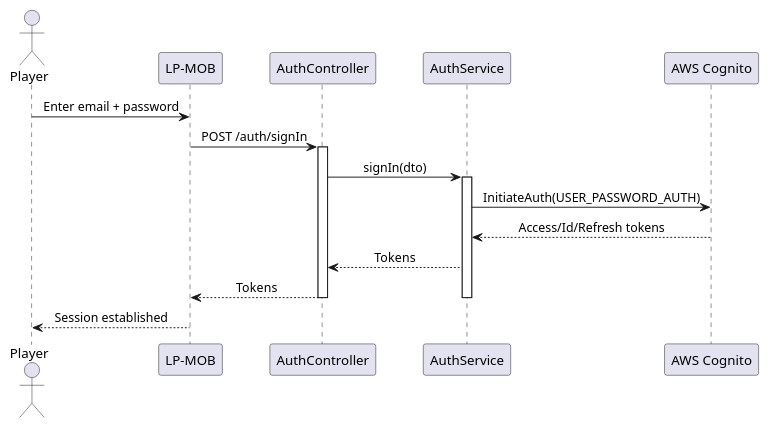
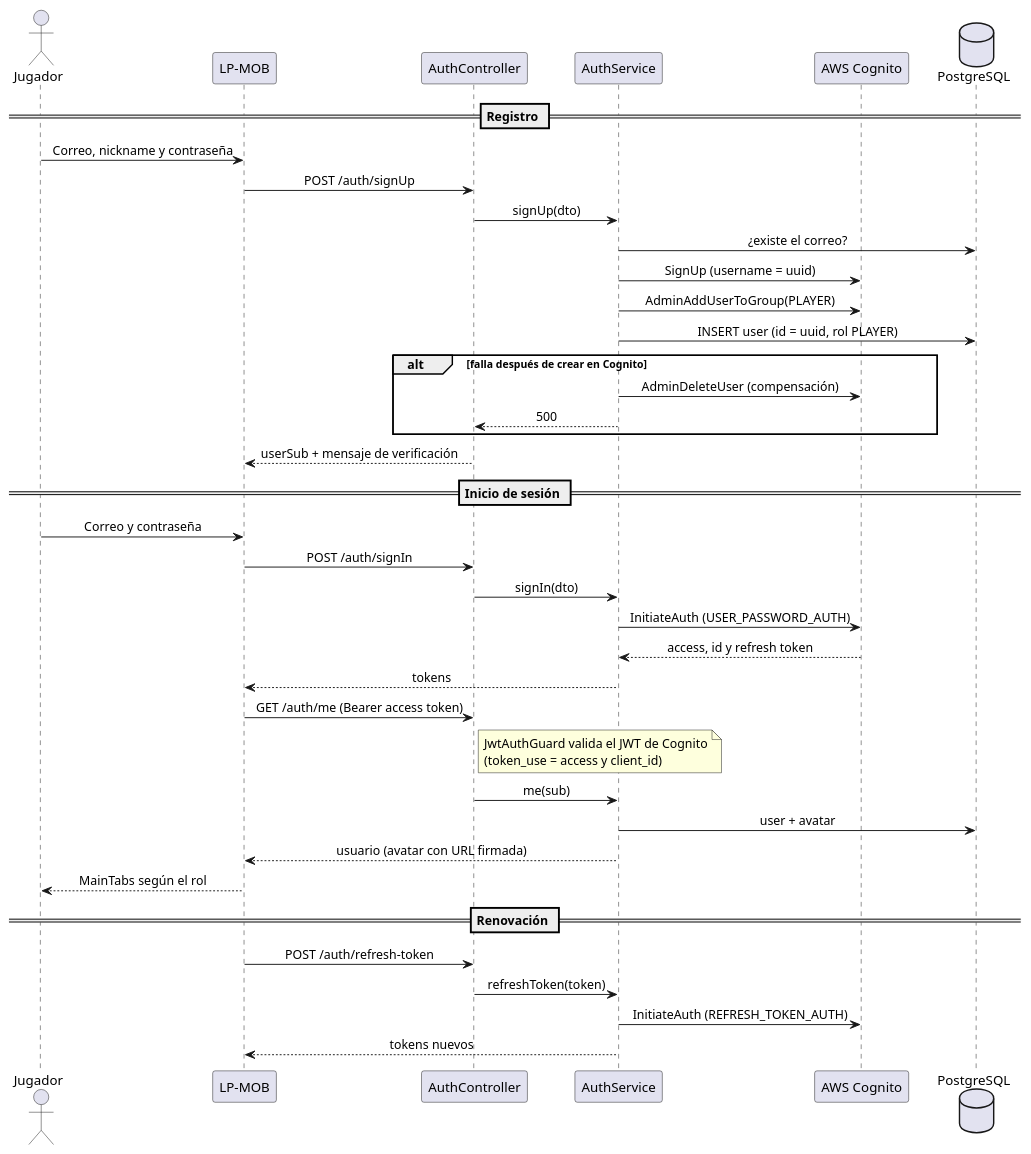
The diagram in docs/diagrams/sequence-auth.puml (smyleface18/LinguaPlay), drawn with PlantUML before and after one commit. The commit also changed 24 other files, not shown here.

First line of the commit message:
docs(diagrams): update UML diagrams to the current code and export PNG

```diff
--- a/docs/diagrams/sequence-auth.puml
+++ b/docs/diagrams/sequence-auth.puml
@@ -1,25 +1,49 @@
 @startuml
+' Registro, inicio de sesión y carga del usuario.
+' Fuente: modules/auth (AuthController, AuthService, JwtStrategy).
 skinparam sequenceMessageAlign center
 skinparam ParticipantPadding 20
 skinparam BoxPadding 10
 
-actor "Player" as Player
+actor "Jugador" as Player
 participant "LP-MOB" as Mobile
 participant "AuthController" as AuthController
 participant "AuthService" as AuthService
 participant "AWS Cognito" as Cognito
+database "PostgreSQL" as DB
 
-Player -> Mobile: Enter email + password
+== Registro ==
+Player -> Mobile: Correo, nickname y contraseña
+Mobile -> AuthController: POST /auth/signUp
+AuthController -> AuthService: signUp(dto)
+AuthService -> DB: ¿existe el correo?
+AuthService -> Cognito: SignUp (username = uuid)
+AuthService -> Cognito: AdminAddUserToGroup(PLAYER)
+AuthService -> DB: INSERT user (id = uuid, rol PLAYER)
+alt falla después de crear en Cognito
+  AuthService -> Cognito: AdminDeleteUser (compensación)
+  AuthService --> AuthController: 500
+end
+AuthController --> Mobile: userSub + mensaje de verificación
+
+== Inicio de sesión ==
+Player -> Mobile: Correo y contraseña
 Mobile -> AuthController: POST /auth/signIn
-activate AuthController
 AuthController -> AuthService: signIn(dto)
-activate AuthService
-AuthService -> Cognito: InitiateAuth(USER_PASSWORD_AUTH)
-Cognito --> AuthService: Access/Id/Refresh tokens
-AuthService --> AuthController: Tokens
-AuthController --> Mobile: Tokens
-deactivate AuthService
-deactivate AuthController
-Mobile --> Player: Session established
+AuthService -> Cognito: InitiateAuth (USER_PASSWORD_AUTH)
+Cognito --> AuthService: access, id y refresh token
+AuthService --> Mobile: tokens
+Mobile -> AuthController: GET /auth/me (Bearer access token)
+note right of AuthController: JwtAuthGuard valida el JWT de Cognito\n(token_use = access y client_id)
+AuthController -> AuthService: me(sub)
+AuthService -> DB: user + avatar
+AuthService --> Mobile: usuario (avatar con URL firmada)
+Mobile --> Player: MainTabs según el rol
+
+== Renovación ==
+Mobile -> AuthController: POST /auth/refresh-token
+AuthController -> AuthService: refreshToken(token)
+AuthService -> Cognito: InitiateAuth (REFRESH_TOKEN_AUTH)
+AuthService --> Mobile: tokens nuevos
 
 @enduml
```
